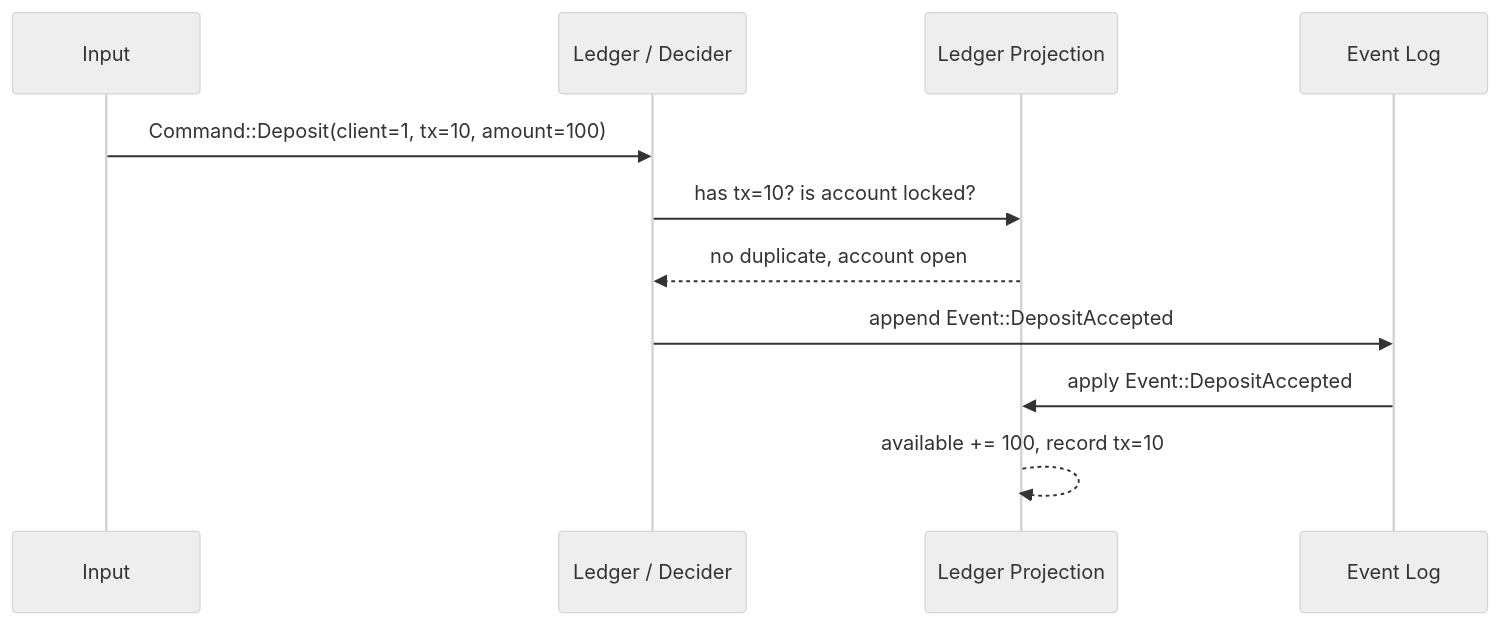
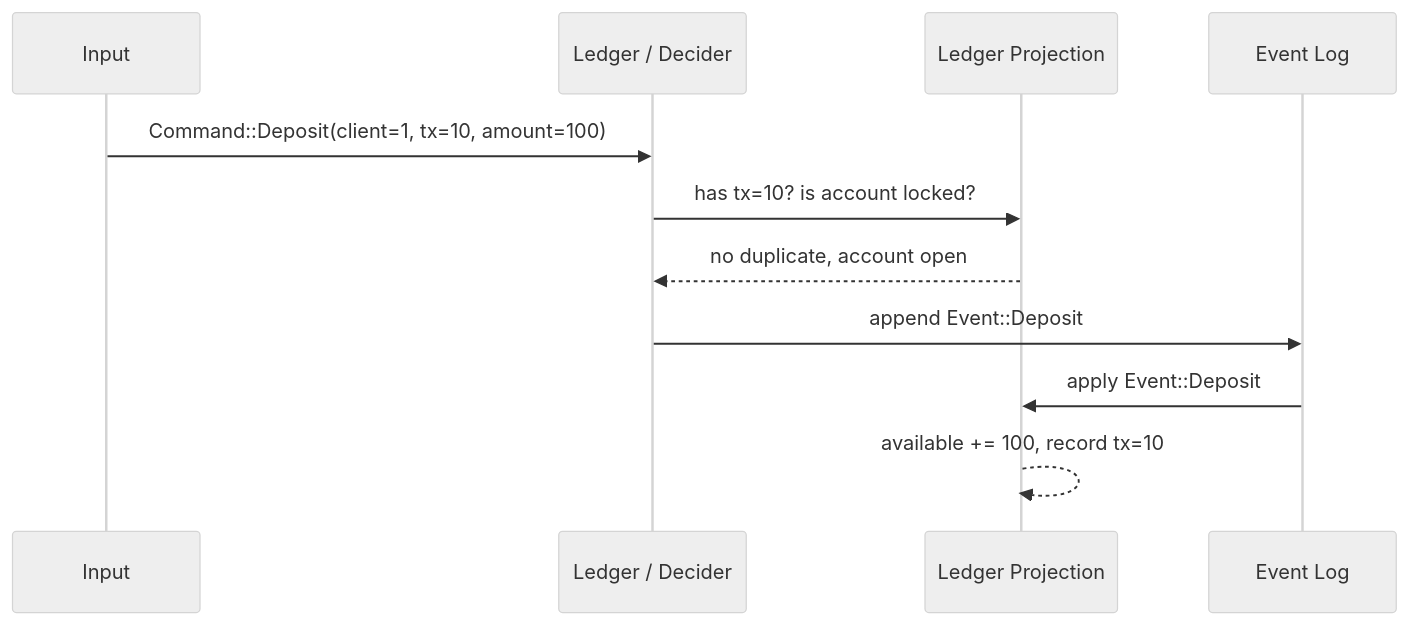
The third of 3 diagrams in docs/event-sourcing-architecture.md (leonardorudolfocardoso/themis), drawn with Mermaid (neutral theme) before and after one commit. The commit also changed other lines of this file and 5 other files, not shown here.

Commit message:
refactor: simplify accepted event names

````diff
--- a/docs/event-sourcing-architecture.md
+++ b/docs/event-sourcing-architecture.md
@@ -70,14 +70,14 @@
 ```mermaid
 sequenceDiagram
     participant Input as Input
     participant Ledger as Ledger / Decider
     participant Projection as Ledger Projection
     participant Log as Event Log
 
     Input->>Ledger: Command::Deposit(client=1, tx=10, amount=100)
     Ledger->>Projection: has tx=10? is account locked?
     Projection-->>Ledger: no duplicate, account open
-    Ledger->>Log: append Event::DepositAccepted
-    Log->>Projection: apply Event::DepositAccepted
+    Ledger->>Log: append Event::Deposit
+    Log->>Projection: apply Event::Deposit
     Projection-->>Projection: available += 100, record tx=10
 ```
````
